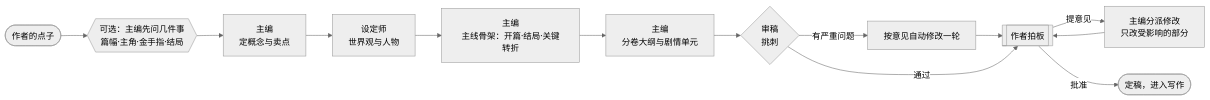
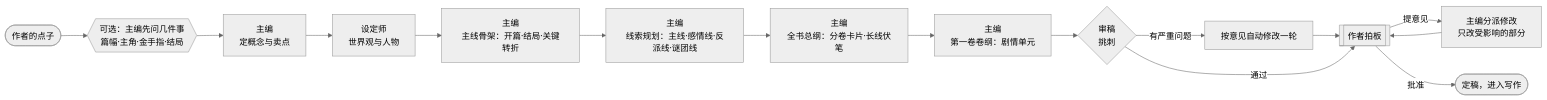
Before and after one commit to lxbtkfbj/zhibi: the first of 3 diagrams in README.md, drawn with Mermaid (neutral theme). The commit also changed other lines of this file and 54 other files, not shown here.

````diff
--- a/README.md
+++ b/README.md
@@ -16,15 +17,17 @@
 ```mermaid
 flowchart LR
     A([作者的点子]) --> Q{{可选：主编先问几件事<br/>篇幅·主角·金手指·结局}}
     Q --> B[主编<br/>定概念与卖点]
     B --> C[设定师<br/>世界观与人物]
     C --> S[主编<br/>主线骨架：开篇·结局·关键转折]
-    S --> D[主编<br/>分卷大纲与剧情单元]
-    D --> E{审稿<br/>挑刺}
+    S --> T[主编<br/>线索规划：主线·感情线·反派线·谜团线]
+    T --> D[主编<br/>全书总纲：分卷卡片·长线伏笔]
+    D --> V[主编<br/>第一卷卷纲：剧情单元]
+    V --> E{审稿<br/>挑刺}
     E -- 有严重问题 --> F[按意见自动修改一轮]
     F --> G
     E -- 通过 --> G[[作者拍板]]
     G -- 提意见 --> H[主编分派修改<br/>只改受影响的部分]
     H --> G
     G -- 批准 --> I([定稿，进入写作])
 ```
````
